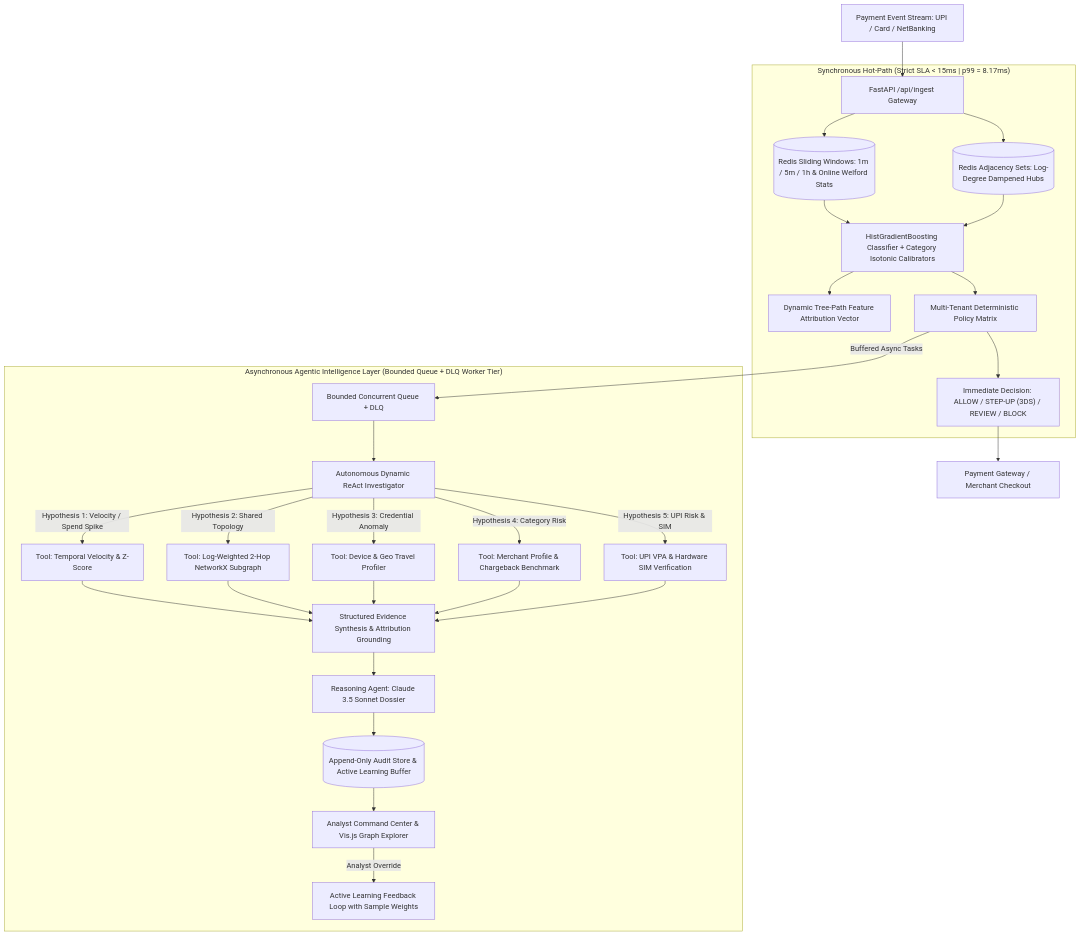
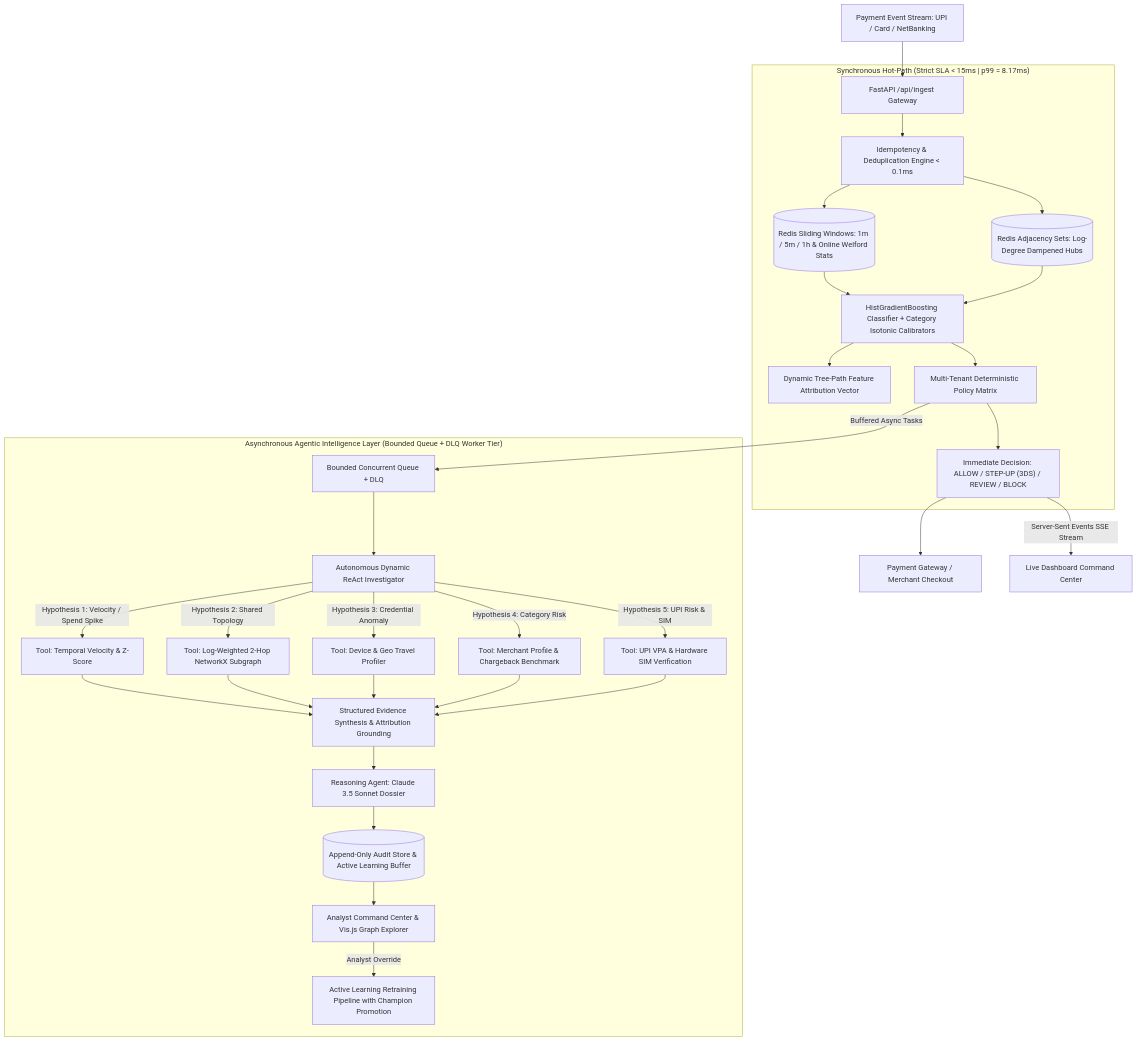
Before and after one commit to aice18/razorpayriskIQ: the diagram in ARCHITECTURE.md, drawn with Mermaid. The commit also changed other lines of this file and 7 other files, not shown here.

Commit message:
feat(core): add idempotency engine, SSE live stream, and active learning auto-retraining pipeline

````diff
--- a/ARCHITECTURE.md
+++ b/ARCHITECTURE.md
@@ -11,33 +11,35 @@
 ```mermaid
 flowchart TD
     TXN[Payment Event Stream: UPI / Card / NetBanking] --> API[FastAPI /api/ingest Gateway]
     
     subgraph SYNC_PATH ["Synchronous Hot-Path (Strict SLA < 15ms | p99 = 8.17ms)"]
-        API --> REDIS_FEAT[(Redis Sliding Windows: 1m / 5m / 1h & Online Welford Stats)]
-        API --> REDIS_GRAPH[(Redis Adjacency Sets: Log-Degree Dampened Hubs)]
+        API --> IDEM[Idempotency & Deduplication Engine < 0.1ms]
+        IDEM --> REDIS_FEAT[(Redis Sliding Windows: 1m / 5m / 1h & Online Welford Stats)]
+        IDEM --> REDIS_GRAPH[(Redis Adjacency Sets: Log-Degree Dampened Hubs)]
         
         REDIS_FEAT & REDIS_GRAPH --> MODEL[HistGradientBoosting Classifier + Category Isotonic Calibrators]
         MODEL --> SHAP[Dynamic Tree-Path Feature Attribution Vector]
         MODEL --> POLICY[Multi-Tenant Deterministic Policy Matrix]
         POLICY --> FAST_RESP["Immediate Decision: ALLOW / STEP-UP (3DS) / REVIEW / BLOCK"]
     end
     
     FAST_RESP --> GATEWAY[Payment Gateway / Merchant Checkout]
+    FAST_RESP -->|Server-Sent Events SSE Stream| LIVE_UI[Live Dashboard Command Center]
     
     subgraph ASYNC_PATH ["Asynchronous Agentic Intelligence Layer (Bounded Queue + DLQ Worker Tier)"]
         POLICY -->|Buffered Async Tasks| ASYNC_Q[Bounded Concurrent Queue + DLQ]
         ASYNC_Q --> AGENT[Autonomous Dynamic ReAct Investigator]
         
         AGENT -->|Hypothesis 1: Velocity / Spend Spike| T1[Tool: Temporal Velocity & Z-Score]
         AGENT -->|Hypothesis 2: Shared Topology| T2[Tool: Log-Weighted 2-Hop NetworkX Subgraph]
         AGENT -->|Hypothesis 3: Credential Anomaly| T3[Tool: Device & Geo Travel Profiler]
         AGENT -->|Hypothesis 4: Category Risk| T4[Tool: Merchant Profile & Chargeback Benchmark]
         AGENT -->|Hypothesis 5: UPI Risk & SIM| T5[Tool: UPI VPA & Hardware SIM Verification]
         
         T1 & T2 & T3 & T4 & T5 --> SYNTH[Structured Evidence Synthesis & Attribution Grounding]
         SYNTH --> REASON[Reasoning Agent: Claude 3.5 Sonnet Dossier]
         REASON --> AUDIT[(Append-Only Audit Store & Active Learning Buffer)]
         AUDIT --> UI[Analyst Command Center & Vis.js Graph Explorer]
-        UI -->|Analyst Override| FEEDBACK[Active Learning Feedback Loop with Sample Weights]
+        UI -->|Analyst Override| RETRAIN[Active Learning Retraining Pipeline with Champion Promotion]
     end
 ```
````
